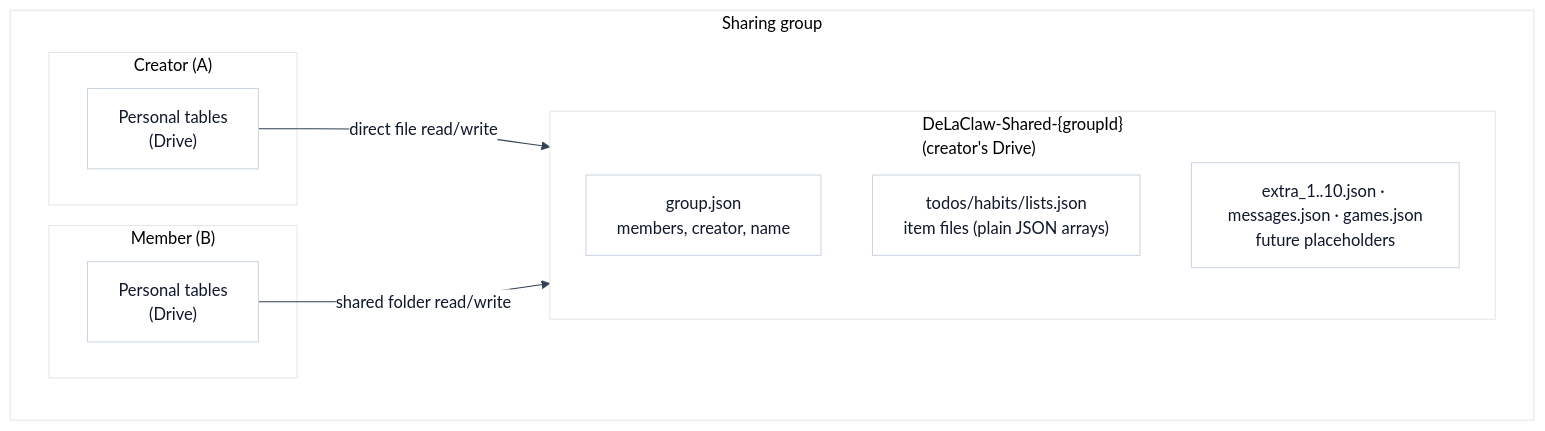
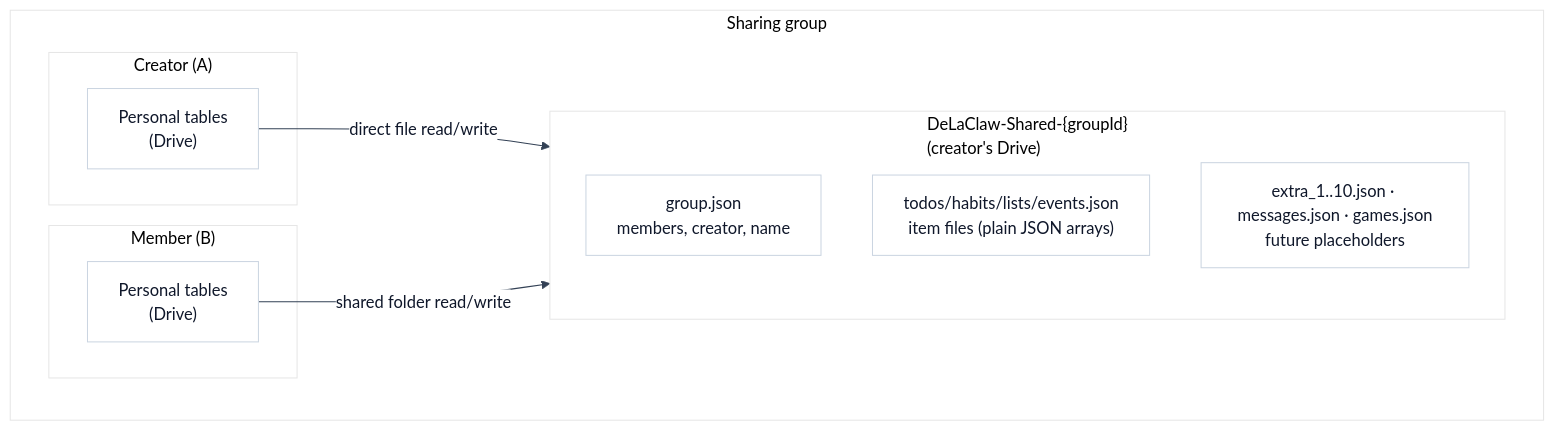
One commit to AntGro/DeLaClaw changed the first of 14 diagrams in docs-site/sharing.md. Above: the diagram before and after it, drawn with Mermaid. The commit also changed other lines of this file and 76 other files, not shown here.

````diff
--- a/docs-site/sharing.md
+++ b/docs-site/sharing.md
@@ -13,20 +13,20 @@
 ```mermaid
 %%{init: {'theme': 'base', 'themeVariables': {'background': '#fbfaf8', 'primaryColor': '#ffffff', 'primaryBorderColor': '#cbd5e1', 'primaryTextColor': '#0f172a', 'lineColor': '#334155'}}}%%
 flowchart TB
     subgraph GROUP["Sharing group"]
         subgraph CREATOR["Creator (A)"]
             PA["Personal tables<br/>(Drive)"]
         end
         subgraph MEMBER["Member (B)"]
             PB["Personal tables<br/>(Drive)"]
         end
         subgraph SHARED["DeLaClaw-Shared-{groupId}<br/>(creator's Drive)"]
             direction TB
             GJ["group.json<br/>members, creator, name"]
-            ITEMS["todos/habits/lists.json<br/>item files (plain JSON arrays)"]
+            ITEMS["todos/habits/lists/events.json<br/>item files (plain JSON arrays)"]
             EXTRA["extra_1..10.json · messages.json · games.json<br/>future placeholders"]
         end
         PA -->|"direct file read/write"| SHARED
         PB -->|"shared folder read/write"| SHARED
     end
 ```
````
